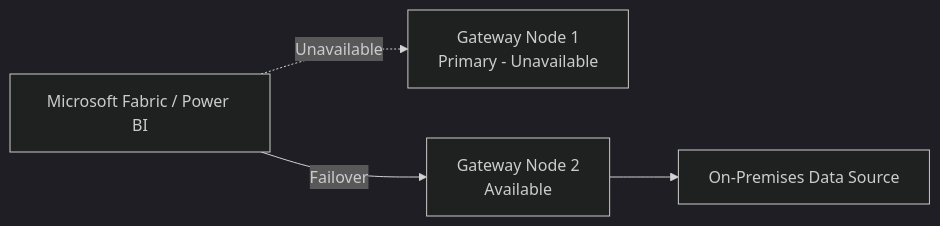
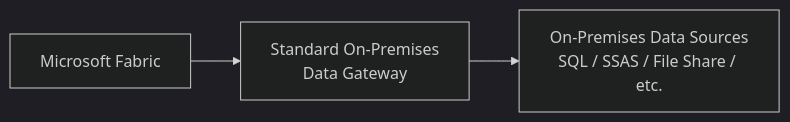
The fifth of 9 diagrams in 10-monitoring-admin/gateway.md (Meaza-Gebreselassie/microsoft-fabric-architect-playbook), drawn with Mermaid (dark theme) before and after one commit. The commit also changed other lines of this file, not shown here.

First line of the commit message:
Revise gateway documentation for clarity and accuracy

````diff
--- a/10-monitoring-admin/gateway.md
+++ b/10-monitoring-admin/gateway.md
@@ -130,11 +235,9 @@
 ```mermaid
 flowchart LR
-    A["Microsoft Fabric / Power BI"]
-    B["Gateway Node 1<br/>Primary - Unavailable"]
-    C["Gateway Node 2<br/>Available"]
-    D["On-Premises Data Source"]
+    A["Microsoft Fabric"]
+    B["Standard On-Premises<br/>Data Gateway"]
+    C["On-Premises Data Sources<br/>SQL / SSAS / File Share / etc."]
 
-    A -. "Unavailable" .-> B
-    A -->|"Failover"| C
-    C --> D
+    A --> B
+    B --> C
 ```
````
